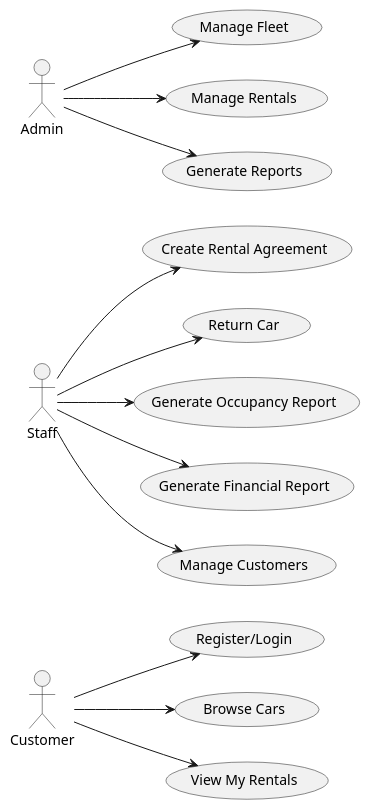
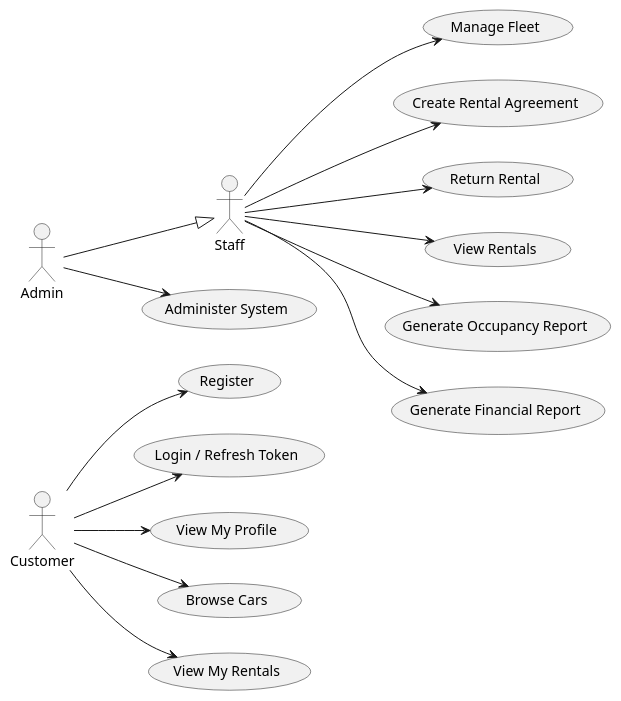
One commit to smykandriy/cars-rental changed the diagram in docs/use_case_diagram.puml. Above: the diagram before and after it, drawn with PlantUML. The commit also changed 6 other files, not shown here.

Commit message:
Update architecture and UML documentation

```diff
--- a/docs/use_case_diagram.puml
+++ b/docs/use_case_diagram.puml
@@ -1,20 +1,24 @@
 @startuml
 left to right direction
 actor Customer
 actor Staff
 actor Admin
 
-Customer --> (Register/Login)
+Admin --|> Staff
+
+Customer --> (Register)
+Customer --> (Login / Refresh Token)
+Customer --> (View My Profile)
 Customer --> (Browse Cars)
 Customer --> (View My Rentals)
 
+Staff --> (Manage Fleet)
 Staff --> (Create Rental Agreement)
-Staff --> (Return Car)
+Staff --> (Return Rental)
+Staff --> (View Rentals)
 Staff --> (Generate Occupancy Report)
 Staff --> (Generate Financial Report)
-Staff --> (Manage Customers)
 
-Admin --> (Manage Fleet)
-Admin --> (Manage Rentals)
-Admin --> (Generate Reports)
+Admin --> (Administer System)
+
 @enduml
```
